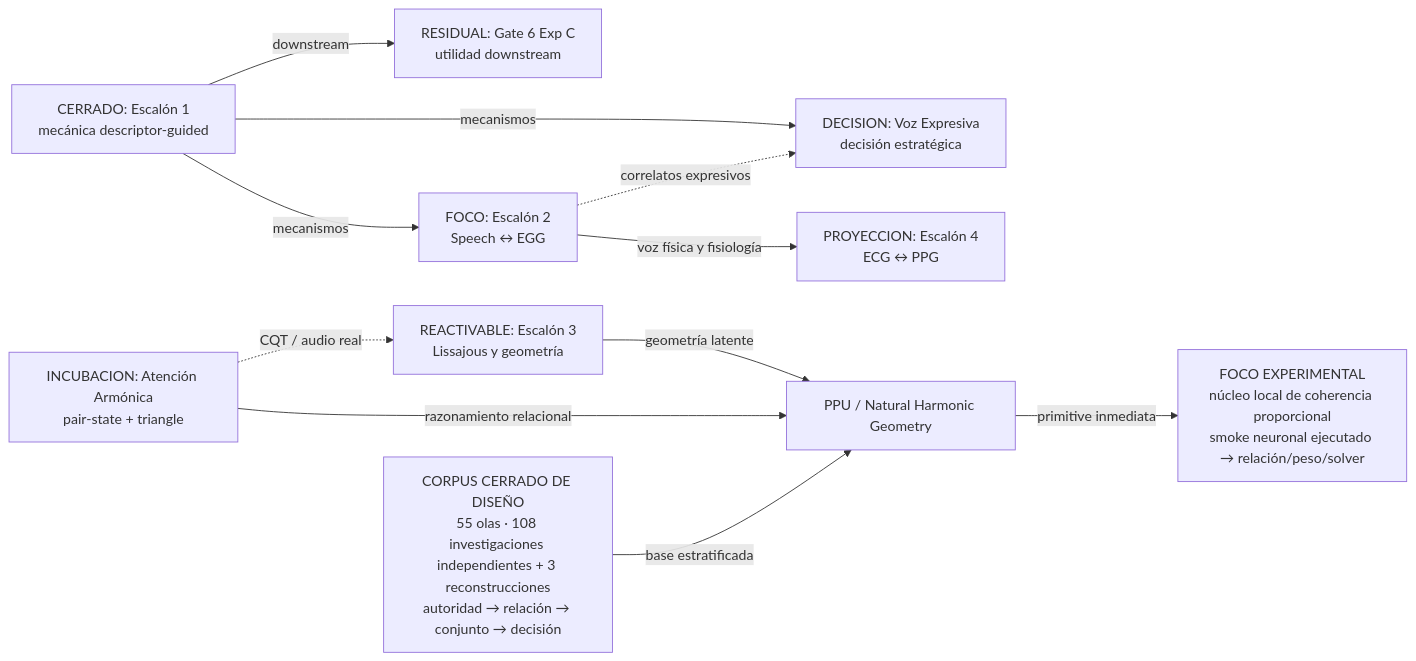
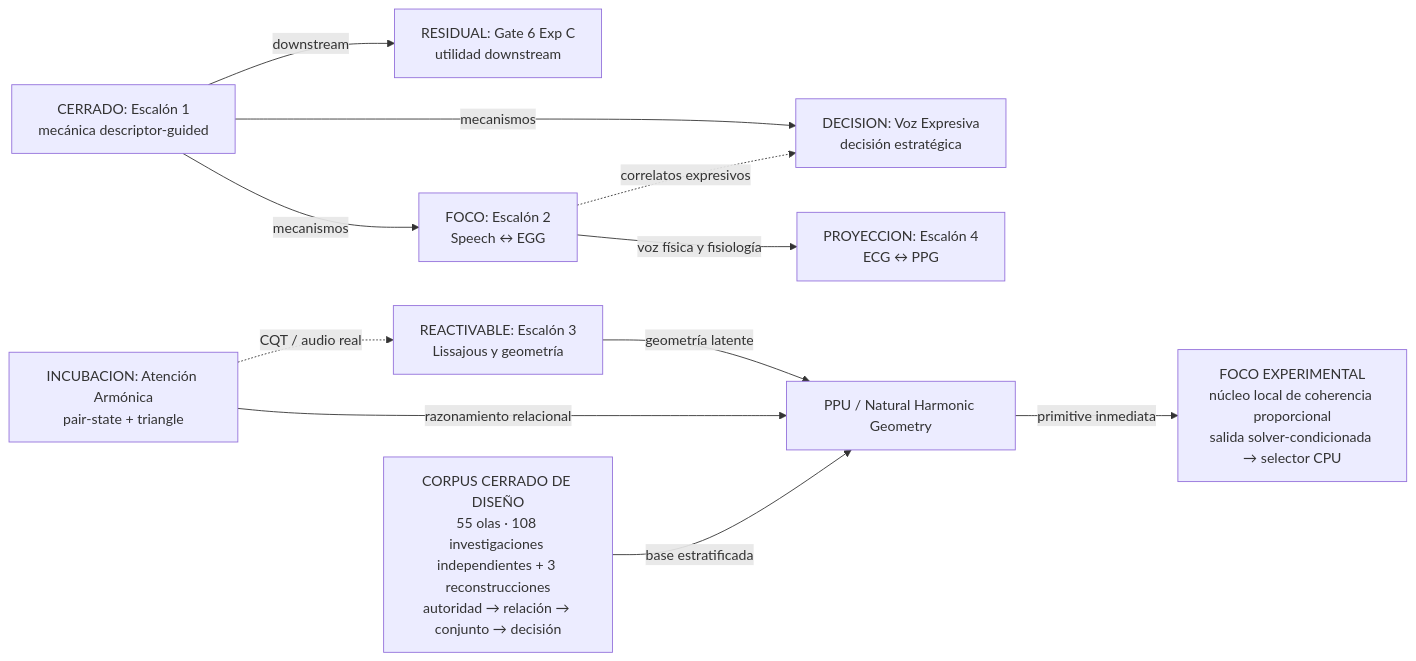
The first of 2 diagrams in Documents/05_WIKI/MAPA_VISUAL_DEL_PROGRAMA.md (Mar-IA-no/Phideus), drawn with Mermaid before and after one commit. The commit also changed other lines of this file and 9 other files, not shown here.

Commit message:
docs: record CPU solver disentanglement

````diff
--- a/Documents/05_WIKI/MAPA_VISUAL_DEL_PROGRAMA.md
+++ b/Documents/05_WIKI/MAPA_VISUAL_DEL_PROGRAMA.md
@@ -38,24 +39,24 @@
 ```mermaid
 flowchart LR
     E1["CERRADO: Escalón 1<br/>mecánica descriptor-guided"]
     G6["RESIDUAL: Gate 6 Exp C<br/>utilidad downstream"]
     E2["FOCO: Escalón 2<br/>Speech ↔ EGG"]
     VE["DECISION: Voz Expresiva<br/>decisión estratégica"]
     E3["REACTIVABLE: Escalón 3<br/>Lissajous y geometría"]
     AA["INCUBACION: Atención Armónica<br/>pair-state + triangle"]
     E4["PROYECCION: Escalón 4<br/>ECG ↔ PPG"]
     PPU["PPU / Natural Harmonic Geometry"]
     GT["CORPUS CERRADO DE DISEÑO<br/>55 olas · 108 investigaciones independientes + 3 reconstrucciones<br/>autoridad → relación → conjunto → decisión"]
-    NCP["FOCO EXPERIMENTAL<br/>núcleo local de coherencia proporcional<br/>smoke neuronal ejecutado → relación/peso/solver"]
+    NCP["FOCO EXPERIMENTAL<br/>núcleo local de coherencia proporcional<br/>salida solver-condicionada → selector CPU"]
 
     E1 -->|mecanismos| E2
     E1 -->|mecanismos| VE
     E1 -->|downstream| G6
     E2 -->|voz física y fisiología| E4
     E2 -.->|correlatos expresivos| VE
     E3 -->|geometría latente| PPU
     AA -->|razonamiento relacional| PPU
     GT -->|base estratificada| PPU
     PPU -->|primitive inmediata| NCP
     AA -.->|CQT / audio real| E3
 ```
````
